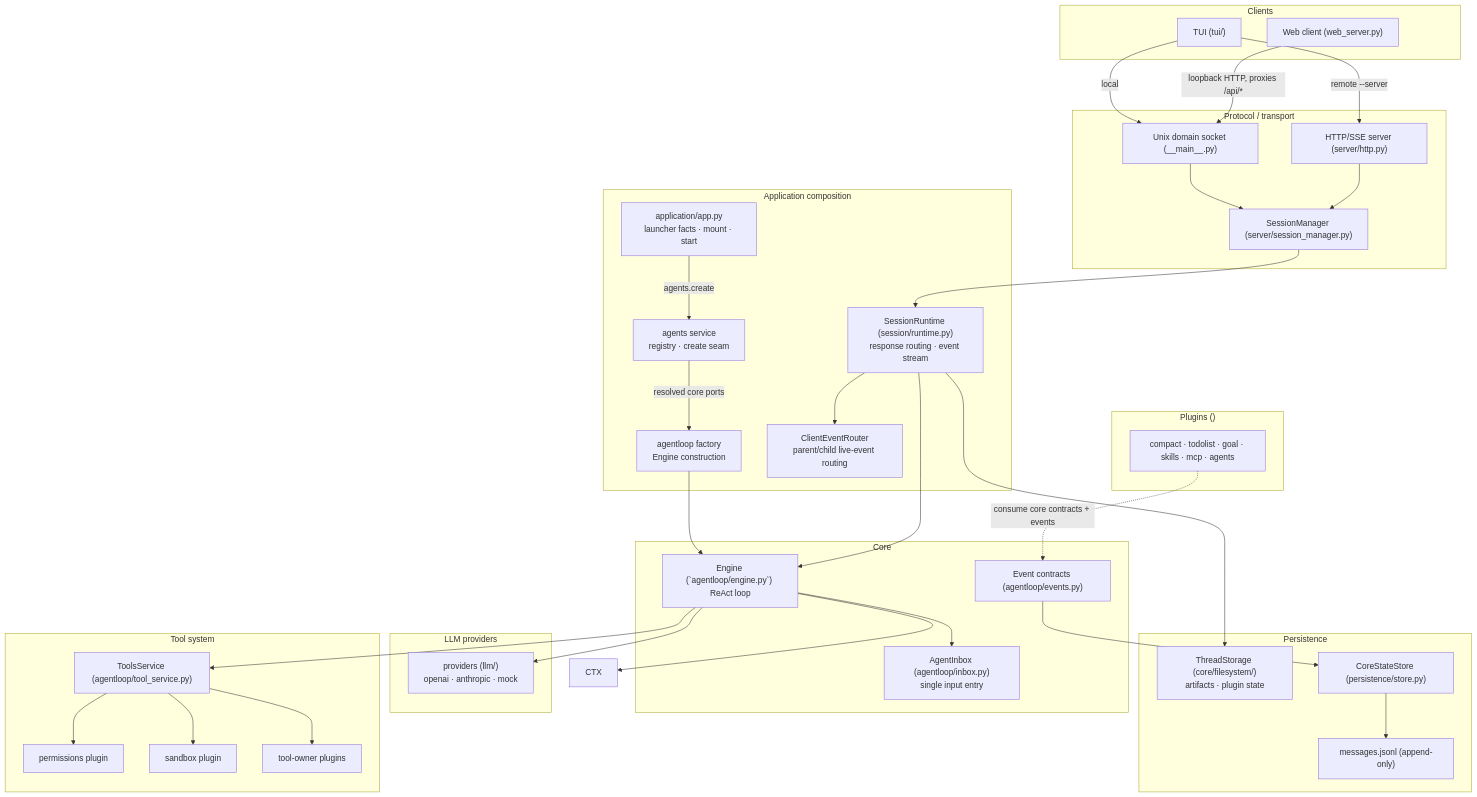
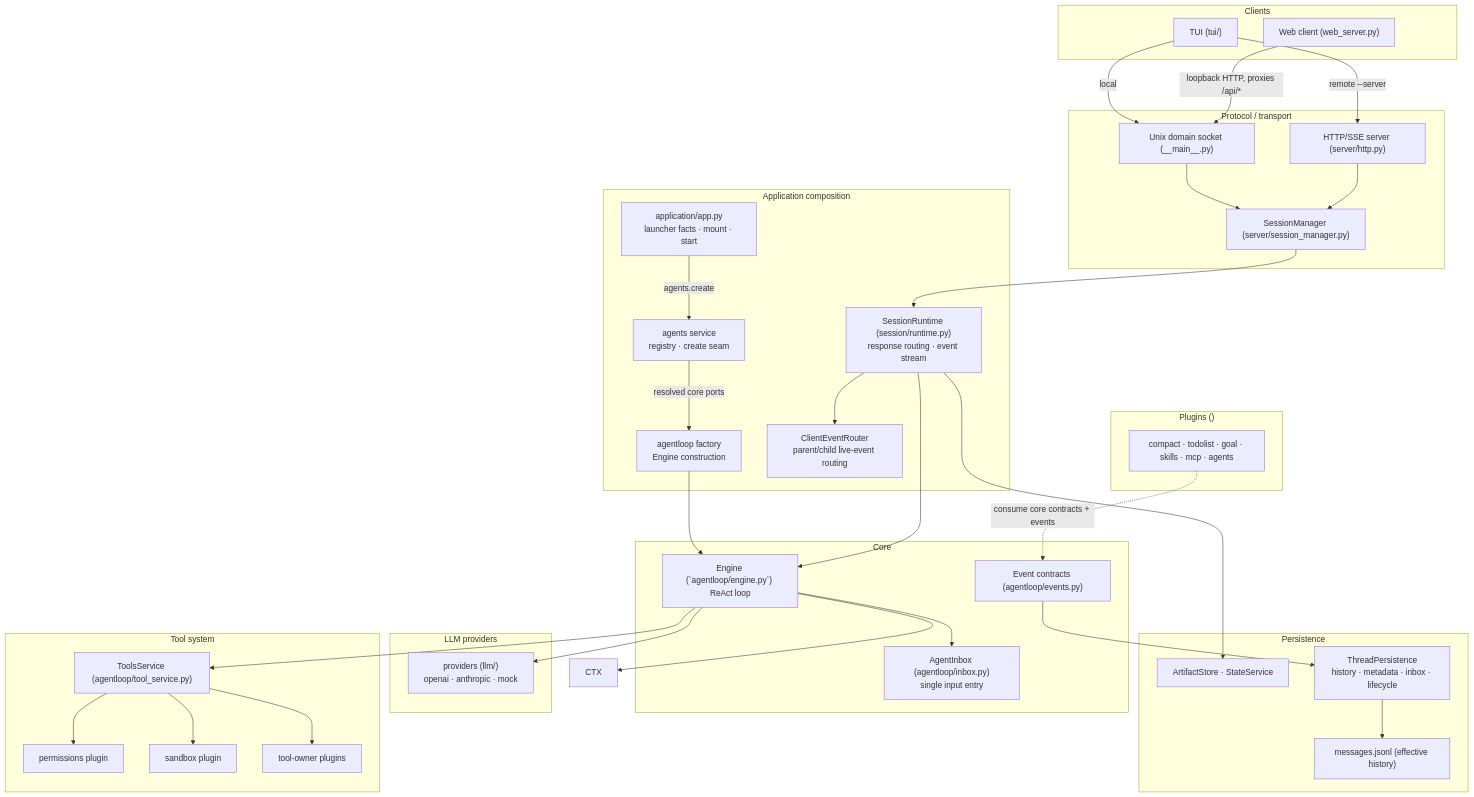
Before and after one commit to dukmu/XBot: the first of 2 diagrams in XBotv2/docs/architecture.md, drawn with Mermaid. The commit also changed other lines of this file and 101 other files, not shown here.

````diff
--- a/XBotv2/docs/architecture.md
+++ b/XBotv2/docs/architecture.md
@@ -26,71 +26,71 @@
 ```mermaid
 flowchart TB
     subgraph Clients
         TUI["TUI (tui/)"]
         WEB["Web client (web_server.py)"]
     end
 
     subgraph Transport["Protocol / transport"]
         UDS["Unix domain socket (__main__.py)"]
         HTTP["HTTP/SSE server (server/http.py)"]
         SCM["SessionManager (server/session_manager.py)"]
     end
 
     subgraph Core["Core"]
         ENG["Engine (`agentloop/engine.py`) ReAct loop"]
         IBX["AgentInbox (agentloop/inbox.py)<br/>single input entry"]
         EVT["Event contracts (agentloop/events.py)"]
     end
 
     subgraph Application["Application composition"]
         APP["application/app.py<br/>launcher facts · mount · start"]
         AGS["agents service<br/>registry · create seam"]
         FAC["agentloop factory<br/>Engine construction"]
         SRT["SessionRuntime (session/runtime.py)<br/>response routing · event stream"]
         CER["ClientEventRouter<br/>parent/child live-event routing"]
     end
 
     subgraph ToolsLayer["Tool system"]
         REG["ToolsService (agentloop/tool_service.py)"]
         PERM["permissions plugin"]
         SBX["sandbox plugin"]
         BT["tool-owner plugins"]
     end
 
     subgraph ProvidersLayer["LLM providers"]
         LLM["providers (llm/)<br/>openai · anthropic · mock"]
     end
 
     subgraph PersistenceLayer["Persistence"]
-        STORAGE["ThreadStorage (core/filesystem/)<br/>artifacts · plugin state"]
-        STORE["CoreStateStore (persistence/store.py)"]
-        JRNL["messages.jsonl (append-only)"]
+        STORAGE["ArtifactStore · StateService"]
+        STORE["ThreadPersistence<br/>history · metadata · inbox · lifecycle"]
+        JRNL["messages.jsonl (effective history)"]
     end
 
     subgraph PluginsLayer["Plugins ()"]
         P["compact · todolist · goal · skills · mcp · agents"]
     end
 
     TUI -->|"local"| UDS
     TUI -->|"remote --server"| HTTP
     WEB -->|"loopback HTTP, proxies /api/*"| UDS
     UDS --> SCM
     HTTP --> SCM
     SCM --> SRT
     APP -->|"agents.create"| AGS
     AGS -->|"resolved core ports"| FAC
     FAC --> ENG
     SRT --> ENG
     SRT --> CER
     ENG --> CTX
     ENG --> IBX
     ENG --> REG
     REG --> PERM
     REG --> SBX
     REG --> BT
     ENG --> LLM
     SRT --> STORAGE
     EVT --> STORE
     STORE --> JRNL
     P -. "consume core contracts + events" .-> EVT
 ```
````
